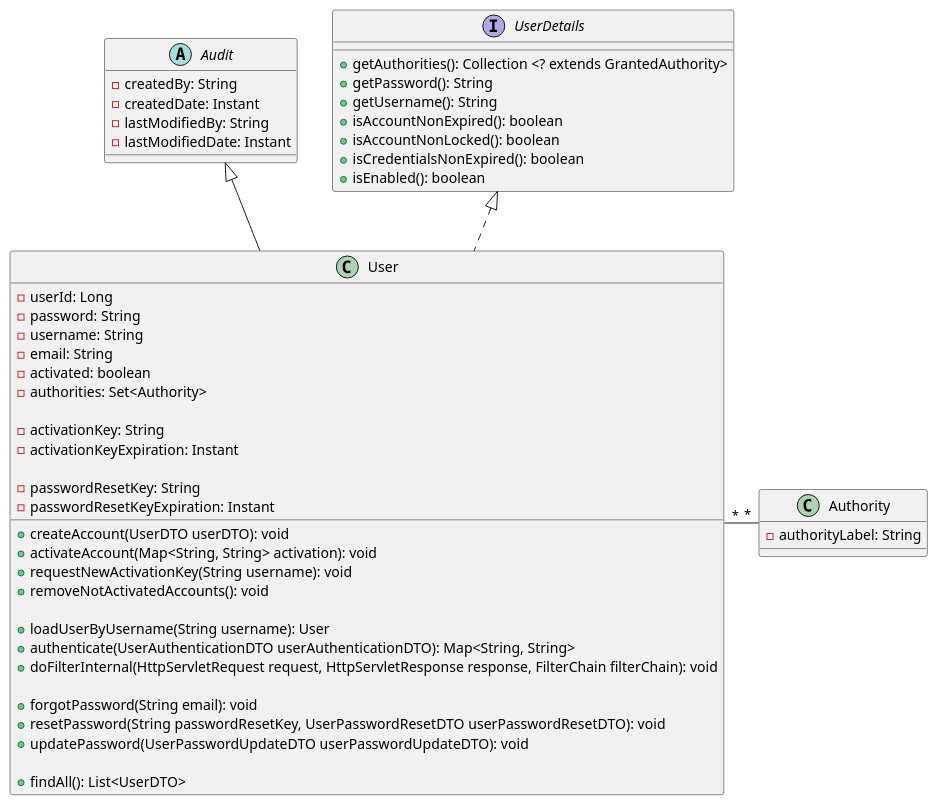
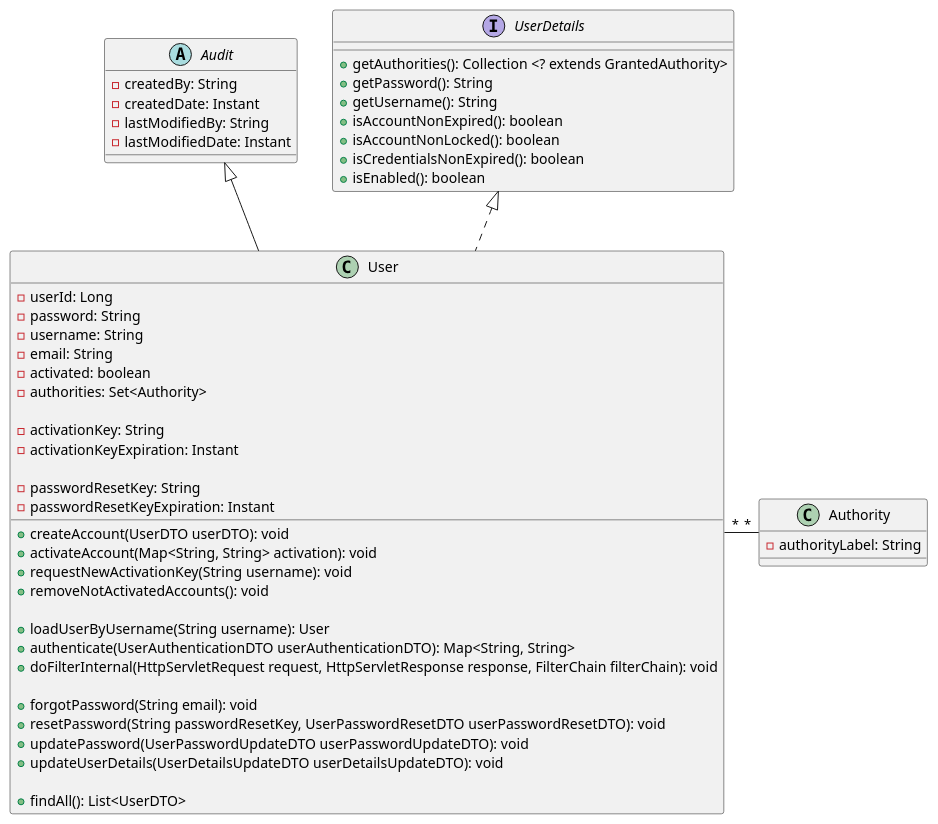
One commit to fatimabenzaoui/auth-springboot changed the diagram in usecases-diagramclasses/diagram-class2.puml. Above: the diagram before and after it, drawn with PlantUML. The commit also changed 5 other files, not shown here.

```diff
--- a/usecases-diagramclasses/diagram-class2.puml
+++ b/usecases-diagramclasses/diagram-class2.puml
@@ -1,58 +1,59 @@
 @startuml shopclassdiagram
 
 User "*" -right- "*" Authority
 
 abstract class Audit {
     - createdBy: String
     - createdDate: Instant
     - lastModifiedBy: String
     - lastModifiedDate: Instant
 }
 
 interface UserDetails {
     + getAuthorities(): Collection <? extends GrantedAuthority>
     + getPassword(): String
     + getUsername(): String
     + isAccountNonExpired(): boolean
     + isAccountNonLocked(): boolean
     + isCredentialsNonExpired(): boolean
     + isEnabled(): boolean
 }
 
 class User extends Audit
 class User implements UserDetails
 class User {
     - userId: Long
     - password: String
     - username: String  
     - email: String
     - activated: boolean
     - authorities: Set<Authority>
 
     - activationKey: String
     - activationKeyExpiration: Instant
 
     - passwordResetKey: String
     - passwordResetKeyExpiration: Instant
 
     + createAccount(UserDTO userDTO): void
     + activateAccount(Map<String, String> activation): void
     + requestNewActivationKey(String username): void
     + removeNotActivatedAccounts(): void
 
     + loadUserByUsername(String username): User
     + authenticate(UserAuthenticationDTO userAuthenticationDTO): Map<String, String>
     + doFilterInternal(HttpServletRequest request, HttpServletResponse response, FilterChain filterChain): void
 
     + forgotPassword(String email): void
     + resetPassword(String passwordResetKey, UserPasswordResetDTO userPasswordResetDTO): void
     + updatePassword(UserPasswordUpdateDTO userPasswordUpdateDTO): void
+    + updateUserDetails(UserDetailsUpdateDTO userDetailsUpdateDTO): void
 
     + findAll(): List<UserDTO>
 }
 
 class Authority {
     - authorityLabel: String
 }
 
 @enduml
```
